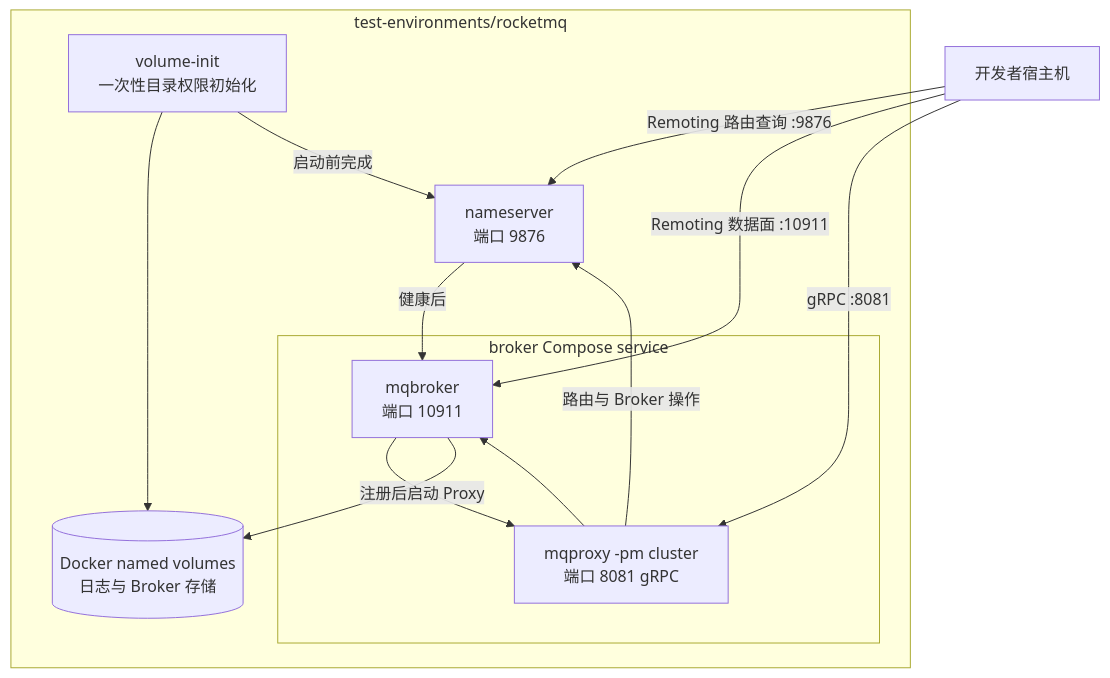
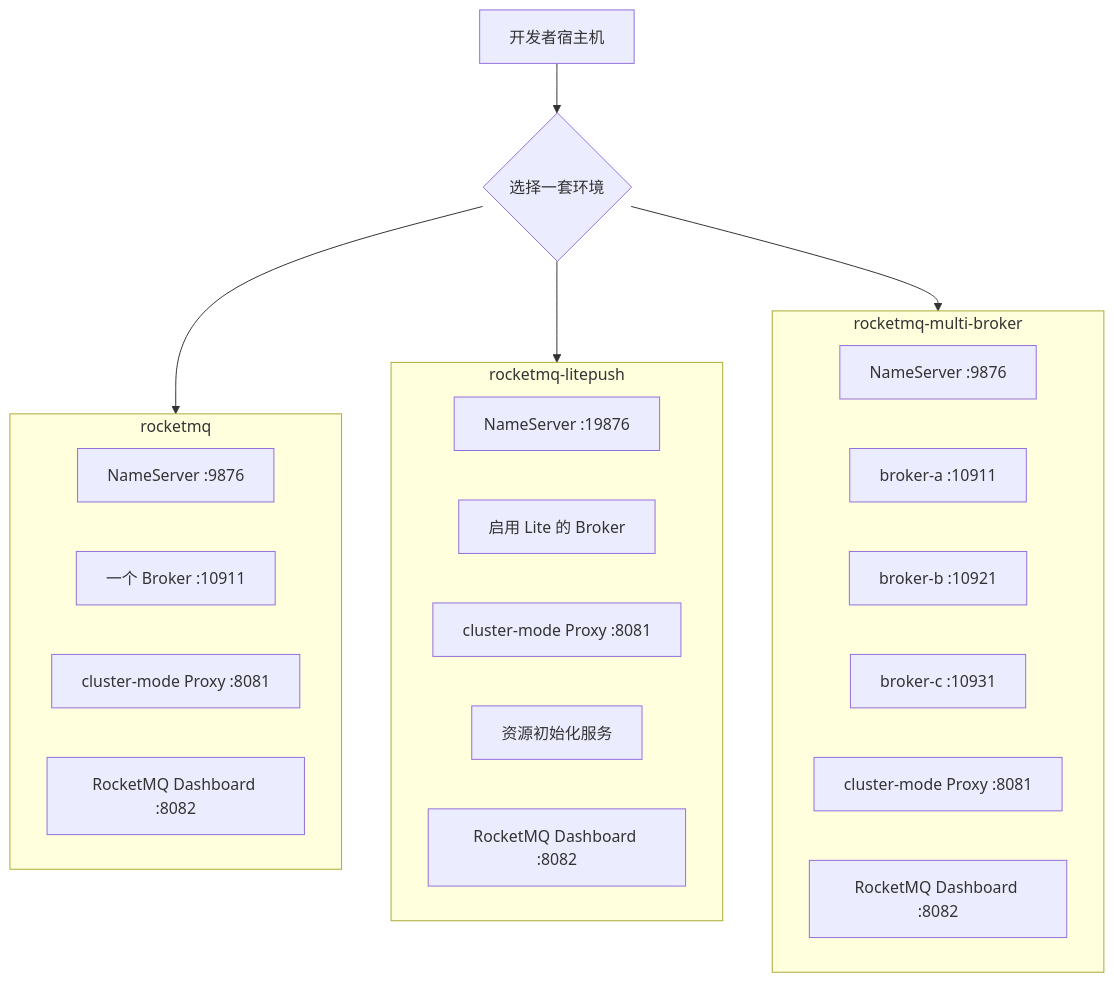
Before and after one commit to eventhorizon-cli/EventHorizon.RocketMQ: the diagram in test-environments/README.zh-CN.md, drawn with Mermaid. The commit also changed other lines of this file and 88 other files, not shown here.

First line of the commit message:
feat: refine client registrations and test environments

````diff
--- a/test-environments/README.zh-CN.md
+++ b/test-environments/README.zh-CN.md
@@ -13,27 +28,34 @@
 ```mermaid
 flowchart TB
     Host[开发者宿主机]
+    Choose{选择一套环境}
 
-    subgraph Environment[test-environments/rocketmq]
-        Init[volume-init<br/>一次性目录权限初始化]
-        NameServer[nameserver<br/>端口 9876]
-
-        subgraph BrokerService[broker Compose service]
-            Broker[mqbroker<br/>端口 10911]
-            Proxy[mqproxy -pm cluster<br/>端口 8081 gRPC]
-        end
-
-        Volumes[(Docker named volumes<br/>日志与 Broker 存储)]
+    subgraph Single[rocketmq]
+        SingleNs[NameServer :9876]
+        SingleBroker[一个 Broker :10911]
+        SingleProxy[cluster-mode Proxy :8081]
+        SingleDashboard[RocketMQ Dashboard :8082]
     end
 
-    Host -->|Remoting 路由查询 :9876| NameServer
-    Host -->|Remoting 数据面 :10911| Broker
-    Host -->|gRPC :8081| Proxy
-    Init --> Volumes
-    Init -->|启动前完成| NameServer
-    NameServer -->|健康后| Broker
-    Broker -->|注册后启动 Proxy| Proxy
-    Broker --> Volumes
-    Proxy -->|路由与 Broker 操作| NameServer
-    Proxy --> Broker
+    subgraph Lite[rocketmq-litepush]
+        LiteNs[NameServer :19876]
+        LiteBroker[启用 Lite 的 Broker]
+        LiteProxy[cluster-mode Proxy :8081]
+        LiteInit[资源初始化服务]
+        LiteDashboard[RocketMQ Dashboard :8082]
+    end
+
+    subgraph Multi[rocketmq-multi-broker]
+        MultiNs[NameServer :9876]
+        BrokerA[broker-a :10911]
+        BrokerB[broker-b :10921]
+        BrokerC[broker-c :10931]
+        MultiProxy[cluster-mode Proxy :8081]
+        MultiDashboard[RocketMQ Dashboard :8082]
+    end
+
+    Host --> Choose
+    Choose --> Single
+    Choose --> Lite
+    Choose --> Multi
 ```
````
